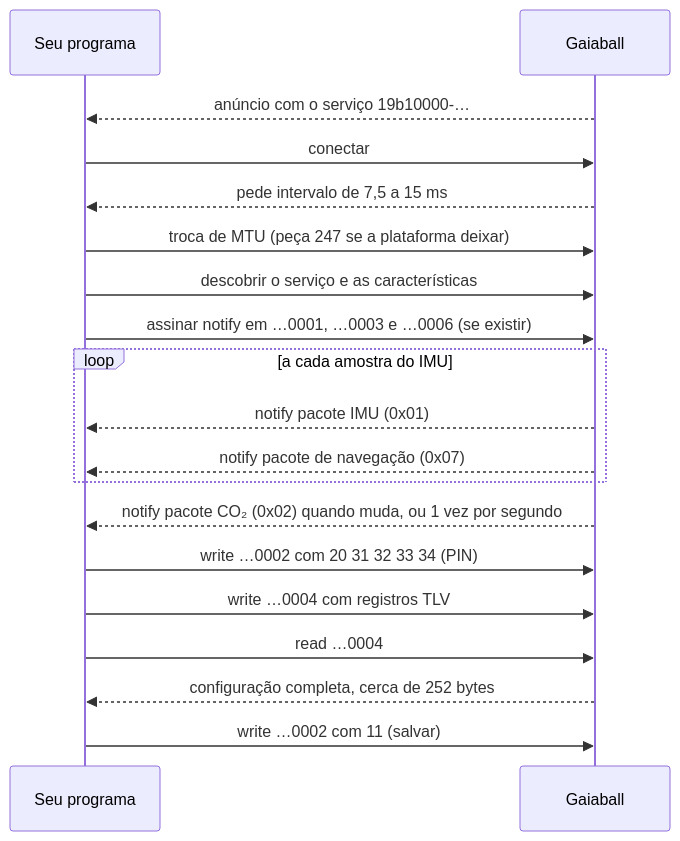
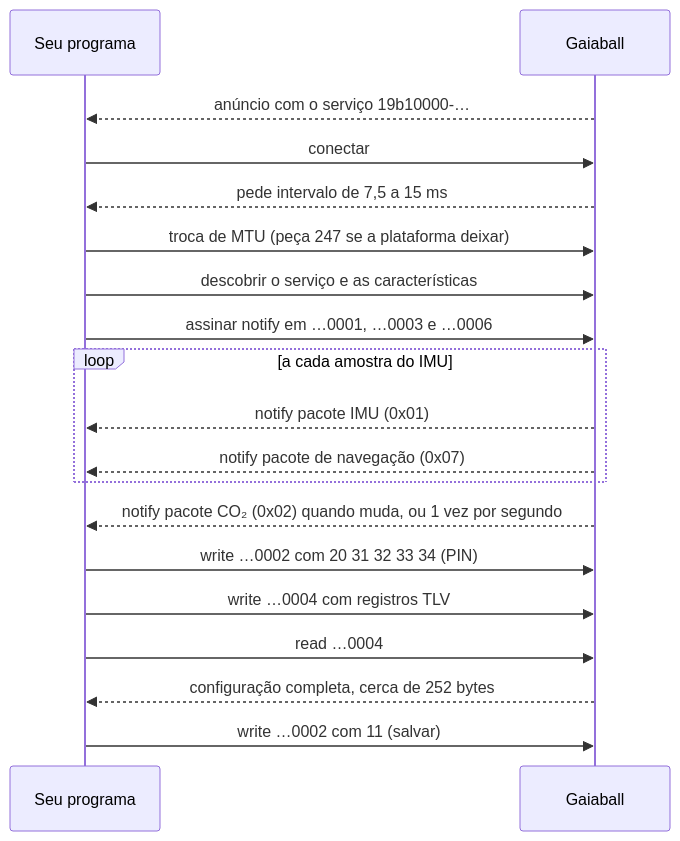
The third of 3 diagrams in docs/gaiaball-protocolo-ble.md (GaiaSenses/Gaiasenses-web), drawn with Mermaid before and after one commit. The commit also changed other lines of this file and 1 other file, not shown here.

````diff
--- a/docs/gaiaball-protocolo-ble.md
+++ b/docs/gaiaball-protocolo-ble.md
@@ -1057,21 +1059,21 @@
 ```mermaid
 sequenceDiagram
   participant C as Seu programa
   participant B as Gaiaball
   B-->>C: anúncio com o serviço 19b10000-…
   C->>B: conectar
   B-->>C: pede intervalo de 7,5 a 15 ms
   C->>B: troca de MTU (peça 247 se a plataforma deixar)
   C->>B: descobrir o serviço e as características
-  C->>B: assinar notify em …0001, …0003 e …0006 (se existir)
+  C->>B: assinar notify em …0001, …0003 e …0006
   loop a cada amostra do IMU
     B-->>C: notify pacote IMU (0x01)
     B-->>C: notify pacote de navegação (0x07)
   end
   B-->>C: notify pacote CO₂ (0x02) quando muda, ou 1 vez por segundo
   C->>B: write …0002 com 20 31 32 33 34 (PIN)
   C->>B: write …0004 com registros TLV
   C->>B: read …0004
   B-->>C: configuração completa, cerca de 252 bytes
   C->>B: write …0002 com 11 (salvar)
 ```
````
